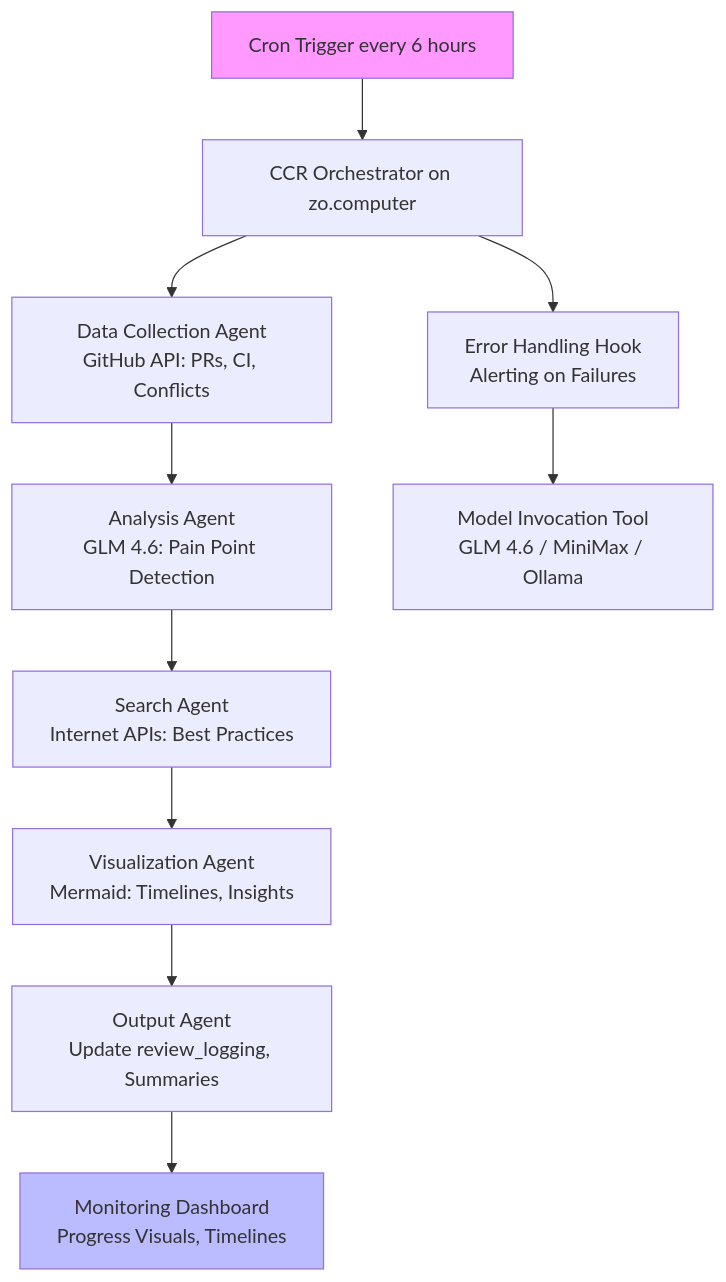
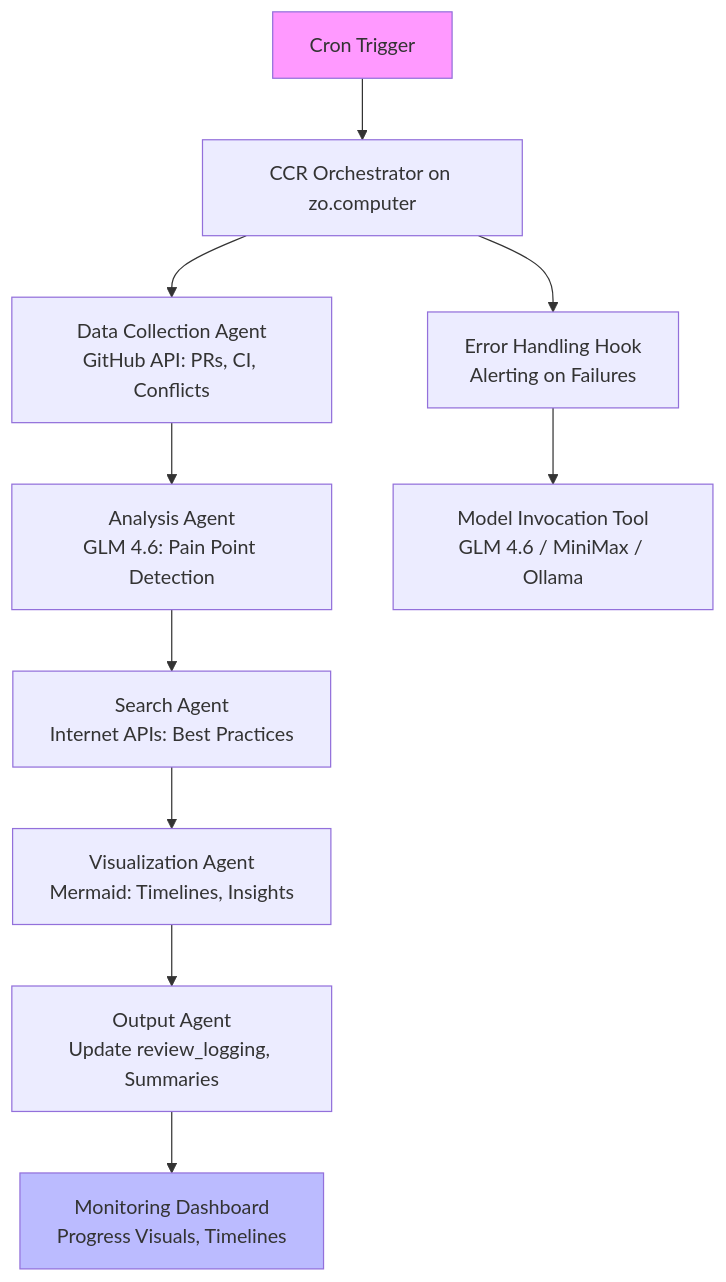
The diagram in docs/vision-v1-cron-analysis/automated-cron-analysis-system-design.md (Coldaine/repo-analysis-system), drawn with Mermaid before and after one commit. The commit also changed other lines of this file and 21 other files, not shown here.

````diff
--- a/docs/vision-v1-cron-analysis/automated-cron-analysis-system-design.md
+++ b/docs/vision-v1-cron-analysis/automated-cron-analysis-system-design.md
@@ -17,14 +17,14 @@
 ```mermaid
 flowchart TD
-    A[Cron Trigger every 6 hours] --> B[CCR Orchestrator on zo.computer]
+    A[Cron Trigger] --> B[CCR Orchestrator on zo.computer]
     B --> C[Data Collection Agent<br/>GitHub API: PRs, CI, Conflicts]
     C --> D[Analysis Agent<br/>GLM 4.6: Pain Point Detection]
     D --> E[Search Agent<br/>Internet APIs: Best Practices]
     E --> F[Visualization Agent<br/>Mermaid: Timelines, Insights]
     F --> G[Output Agent<br/>Update review_logging, Summaries]
     B --> H[Error Handling Hook<br/>Alerting on Failures]
     H --> I[Model Invocation Tool<br/>GLM 4.6 / MiniMax / Ollama]
     G --> J[Monitoring Dashboard<br/>Progress Visuals, Timelines]
     style A fill:#f9f
     style J fill:#bbf
 ```
````
